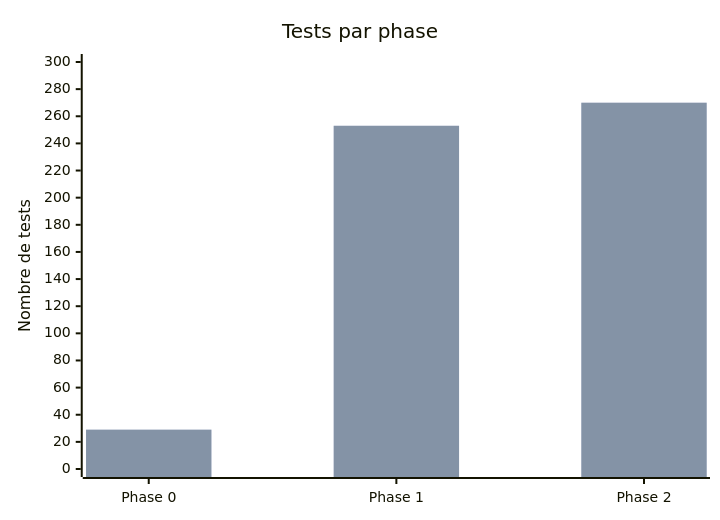
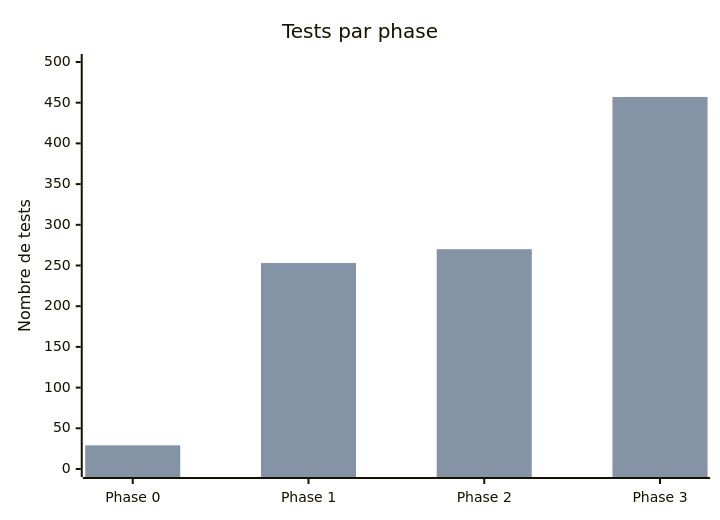
The fifth of 5 diagrams in docs/reports/TABLEAU-DE-BORD.md (lyon32/lyonpanel), drawn with Mermaid before and after one commit. The commit also changed other lines of this file and 223 other files, not shown here.

````diff
--- a/docs/reports/TABLEAU-DE-BORD.md
+++ b/docs/reports/TABLEAU-DE-BORD.md
@@ -124,8 +125,8 @@
 ```mermaid
 xychart-beta
   title "Tests par phase"
-  x-axis ["Phase 0", "Phase 1", "Phase 2"]
-  y-axis "Nombre de tests" 0 --> 300
-  bar [29, 253, 270]
-  bar [29, 253, 270]
+  x-axis ["Phase 0", "Phase 1", "Phase 2", "Phase 3"]
+  y-axis "Nombre de tests" 0 --> 500
+  bar [29, 253, 270, 457]
+  bar [29, 253, 270, 457]
 ```
````
